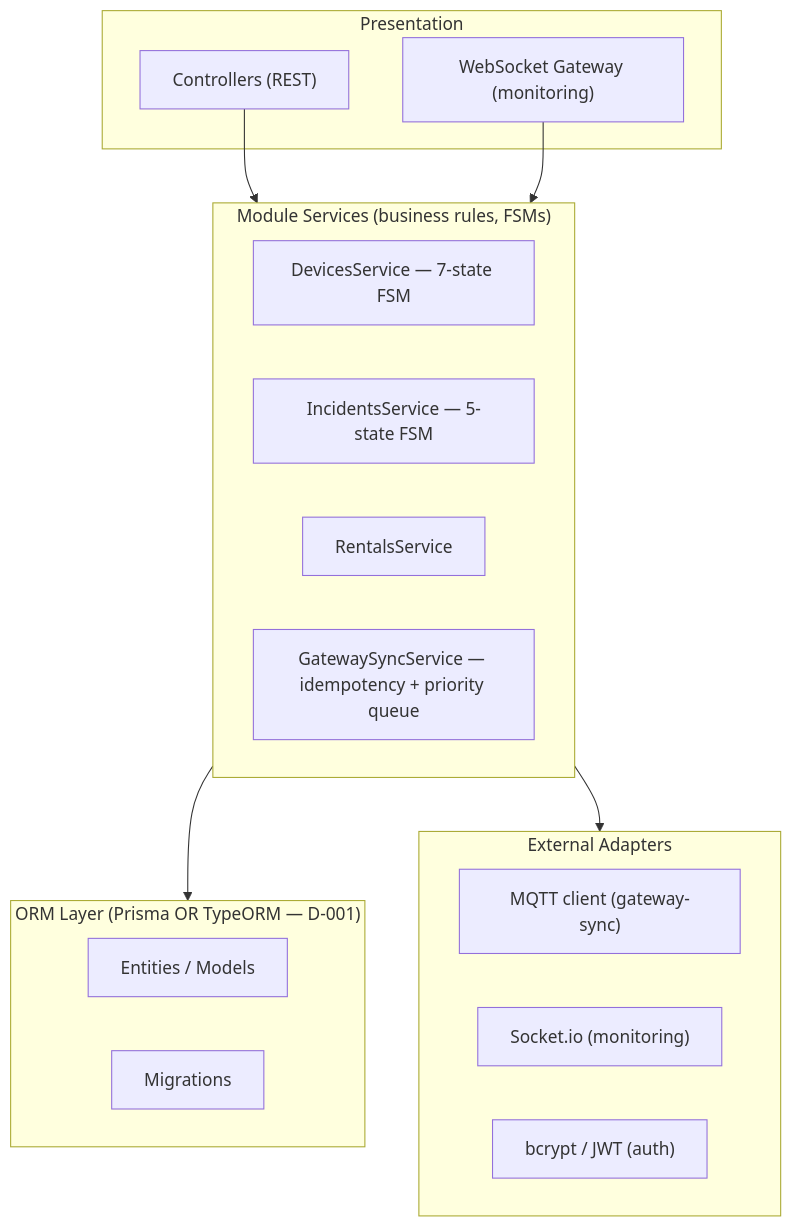
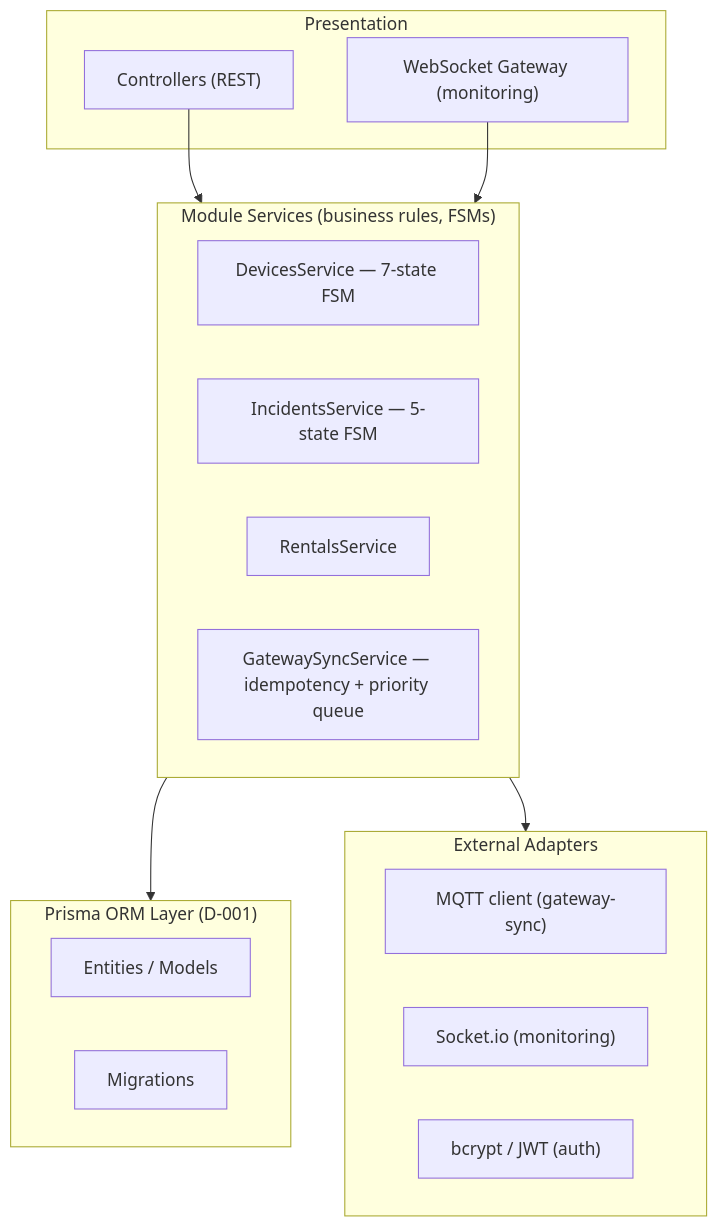
Before and after one commit to TrekLink-Team/treklink-docs: the diagram in _docs/01-conventions/04-architecture-conventions.md, drawn with Mermaid. The commit also changed other lines of this file and 14 other files, not shown here.

````diff
--- a/_docs/01-conventions/04-architecture-conventions.md
+++ b/_docs/01-conventions/04-architecture-conventions.md
@@ -40,26 +40,26 @@
 ```mermaid
 flowchart TD
     subgraph Presentation
         C1["Controllers (REST)"]
         C2["WebSocket Gateway (monitoring)"]
     end
     subgraph AppLayer["Module Services (business rules, FSMs)"]
         A1["DevicesService — 7-state FSM"]
         A2["IncidentsService — 5-state FSM"]
         A3["RentalsService"]
         A4["GatewaySyncService — idempotency + priority queue"]
     end
-    subgraph Persistence["ORM Layer (Prisma OR TypeORM — D-001)"]
+    subgraph Persistence["Prisma ORM Layer (D-001)"]
         P1["Entities / Models"]
         P2["Migrations"]
     end
     subgraph External["External Adapters"]
         E1["MQTT client (gateway-sync)"]
         E2["Socket.io (monitoring)"]
         E3["bcrypt / JWT (auth)"]
     end
     C1 --> AppLayer
     C2 --> AppLayer
     AppLayer --> Persistence
     AppLayer --> External
 ```
````
